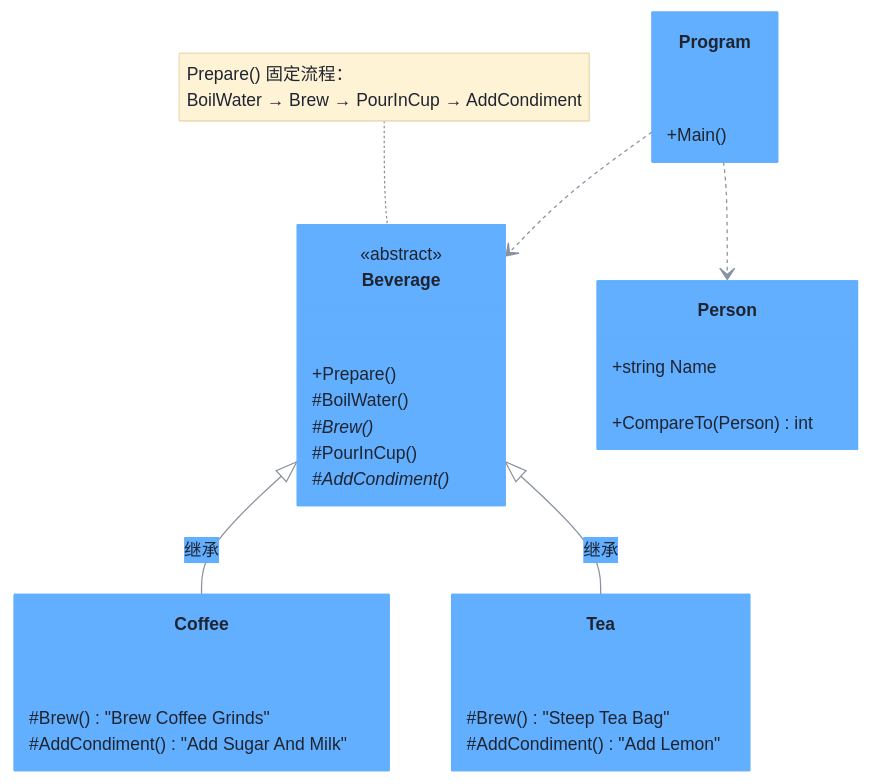
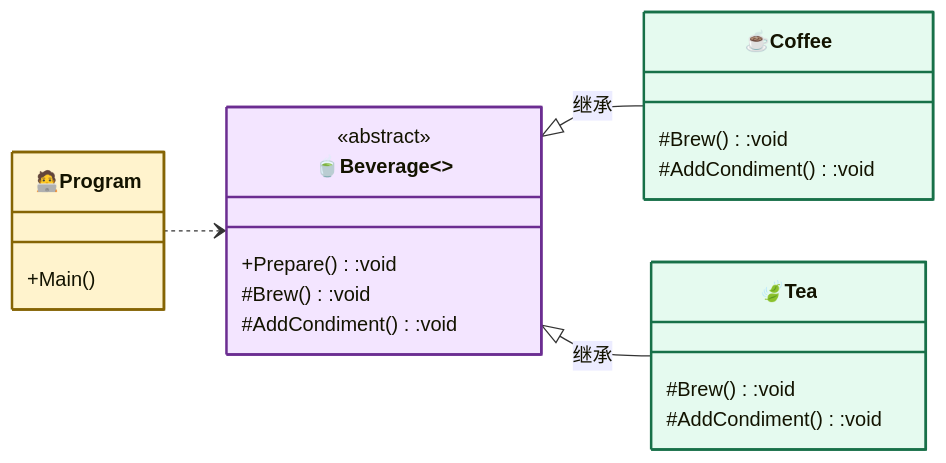
One commit to hollson/design_patterns changed the diagram in TemplatePattern/README.md. Above: the diagram before and after it, drawn with Mermaid. The commit also changed other lines of this file and 19 other files, not shown here.

Commit message:
docs: refactor mermaid diagrams to basic GoF model style for all 20 design patterns

````diff
--- a/TemplatePattern/README.md
+++ b/TemplatePattern/README.md
@@ -19,34 +30,31 @@
 ```mermaid
-%%{init: {"theme": "base", "themeVariables": {"primaryColor": "#61affe", "primaryTextColor": "#1f2430", "primaryBorderColor": "#61affe", "lineColor": "#8a919e", "secondaryColor": "#eaf2fb", "tertiaryColor": "#f5f7fa", "noteBkgColor": "#fff3d6", "noteTextColor": "#1f2430", "fontSize": "14px"}}}%%
+%%{init: {"classDiagram": {"useMarkdownLabels": true}} }%%
 classDiagram
-    direction TB
-    class Beverage {
+    direction LR
+
+    class AbstractClass["🍵Beverage<<abstract>>"]:::strategyCls{
         <<abstract>>
-        +Prepare()
-        #BoilWater()
-        #Brew()*
-        #PourInCup()
-        #AddCondiment()*
+        +Prepare():void
+        #Brew():void
+        #AddCondiment():void
     }
-    class Coffee {
-        #Brew() "Brew Coffee Grinds"
-        #AddCondiment() "Add Sugar And Milk"
+    class ConcreteClassA["☕Coffee"]:::concreteCls{
+        #Brew():void
+        #AddCondiment():void
     }
-    class Tea {
-        #Brew() "Steep Tea Bag"
-        #AddCondiment() "Add Lemon"
+    class ConcreteClassB["🍃Tea"]:::concreteCls{
+        #Brew():void
+        #AddCondiment():void
     }
-    class Person {
-        +string Name
-        +CompareTo(Person) int
-    }
-    class Program {
+    class Client["🧑‍💻Program"]:::contextCls{
         +Main()
     }
 
-    Beverage <|-- Coffee : 继承
-    Beverage <|-- Tea : 继承
-    Program ..> Beverage
-    Program ..> Person
-    note for Beverage "Prepare() 固定流程：<br/>BoilWater → Brew → PourInCup → AddCondiment"
+    AbstractClass <|-- ConcreteClassA : 继承
+    AbstractClass <|-- ConcreteClassB : 继承
+    Client ..> AbstractClass
+
+    classDef contextCls fill:#fff3cd,stroke:#856404,stroke-width:2px
+    classDef strategyCls fill:#f3e5ff,stroke:#6b2d91,stroke-width:2px
+    classDef concreteCls fill:#e5faef,stroke:#177048,stroke-width:2px
 ```
````
